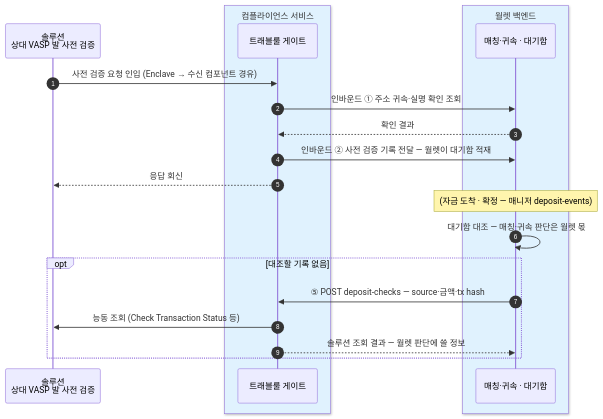
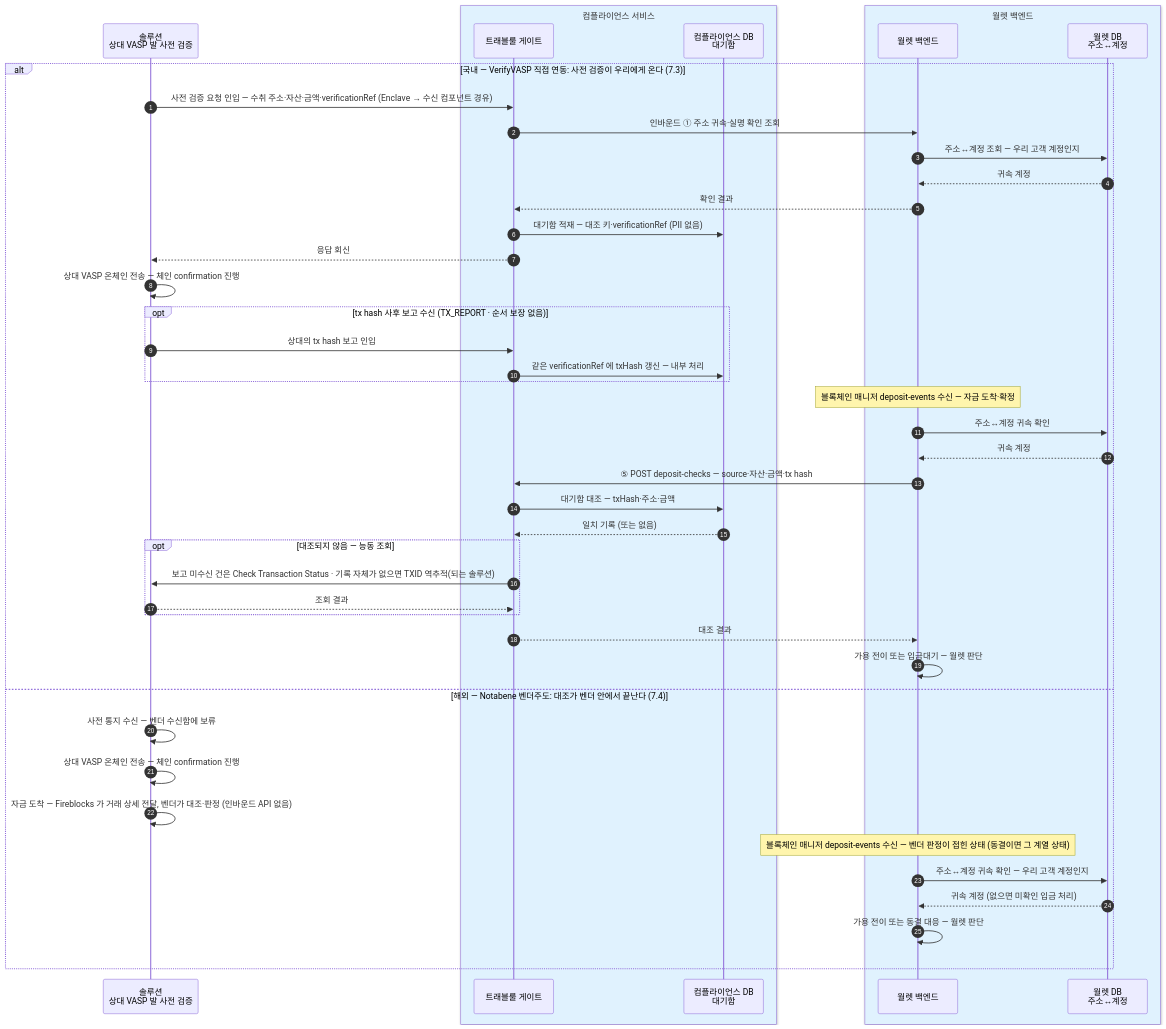
Before and after one commit to eunsujeo/eunpus: the fourth of 4 diagrams in blockchain-manager/docs/컴플라이언스/설계/01-interface.md, drawn with Mermaid. The commit also changed other lines of this file and 10 other files, not shown here.

First line of the commit message:
대기함을 컴플라이언스 DB 로 이전 + API v0.0.2·DB 초안·인바운드 축소

````diff
--- a/blockchain-manager/docs/컴플라이언스/설계/01-interface.md
+++ b/blockchain-manager/docs/컴플라이언스/설계/01-interface.md
@@ -160,24 +160,48 @@
 ```mermaid
 sequenceDiagram
     autonumber
     participant NET as 솔루션<br/>상대 VASP 발 사전 검증
     box rgb(224,242,254) 컴플라이언스 서비스
     participant CP as 트래블룰 게이트
+    participant CDB as 컴플라이언스 DB<br/>대기함
     end
     box rgb(224,242,254) 월렛 백엔드
-    participant BE as 매칭·귀속 · 대기함
+    participant BE as 월렛 백엔드
+    participant WDB as 월렛 DB<br/>주소↔계정
     end
 
-    NET->>CP: 사전 검증 요청 인입 (Enclave → 수신 컴포넌트 경유)
-    CP->>BE: 인바운드 ① 주소 귀속·실명 확인 조회
-    BE-->>CP: 확인 결과
-    CP->>BE: 인바운드 ② 사전 검증 기록 전달 — 월렛이 대기함 적재
-    CP-->>NET: 응답 회신
-    Note over BE: (자금 도착 · 확정 — 매니저 deposit-events)
-    BE->>BE: 대기함 대조 — 매칭·귀속 판단은 월렛 몫
-    opt 대조할 기록 없음
-        BE->>CP: ⑤ POST deposit-checks — source·금액·tx hash
-        CP->>NET: 능동 조회 (Check Transaction Status 등)
-        CP-->>BE: 솔루션 조회 결과 — 월렛 판단에 쓸 정보
+    alt 국내 — VerifyVASP 직접 연동: 사전 검증이 우리에게 온다 (7.3)
+        NET->>CP: 사전 검증 요청 인입 — 수취 주소·자산·금액·verificationRef (Enclave → 수신 컴포넌트 경유)
+        CP->>BE: 인바운드 ① 주소 귀속·실명 확인 조회
+        BE->>WDB: 주소↔계정 조회 — 우리 고객 계정인지
+        WDB-->>BE: 귀속 계정
+        BE-->>CP: 확인 결과
+        CP->>CDB: 대기함 적재 — 대조 키·verificationRef (PII 없음)
+        CP-->>NET: 응답 회신
+        NET->>NET: 상대 VASP 온체인 전송 — 체인 confirmation 진행
+        opt tx hash 사후 보고 수신 (TX_REPORT · 순서 보장 없음)
+            NET->>CP: 상대의 tx hash 보고 인입
+            CP->>CDB: 같은 verificationRef 에 txHash 갱신 — 내부 처리
+        end
+        Note over BE: 블록체인 매니저 deposit-events 수신 — 자금 도착·확정
+        BE->>WDB: 주소↔계정 귀속 확인
+        WDB-->>BE: 귀속 계정
+        BE->>CP: ⑤ POST deposit-checks — source·자산·금액·tx hash
+        CP->>CDB: 대기함 대조 — txHash·주소·금액
+        CDB-->>CP: 일치 기록 (또는 없음)
+        opt 대조되지 않음 — 능동 조회
+            CP->>NET: 보고 미수신 건은 Check Transaction Status · 기록 자체가 없으면 TXID 역추적(되는 솔루션)
+            NET-->>CP: 조회 결과
+        end
+        CP-->>BE: 대조 결과
+        BE->>BE: 가용 전이 또는 입금대기 — 월렛 판단
+    else 해외 — Notabene 벤더주도: 대조가 벤더 안에서 끝난다 (7.4)
+        NET->>NET: 사전 통지 수신 — 벤더 수신함에 보류
+        NET->>NET: 상대 VASP 온체인 전송 — 체인 confirmation 진행
+        NET->>NET: 자금 도착 — Fireblocks 가 거래 상세 전달, 벤더가 대조·판정 (인바운드 API 없음)
+        Note over BE: 블록체인 매니저 deposit-events 수신 — 벤더 판정이 접힌 상태 (동결이면 그 계열 상태)
+        BE->>WDB: 주소↔계정 귀속 확인 — 우리 고객 계정인지
+        WDB-->>BE: 귀속 계정 (없으면 미확인 입금 처리)
+        BE->>BE: 가용 전이 또는 동결 대응 — 월렛 판단
     end
 ```
````
